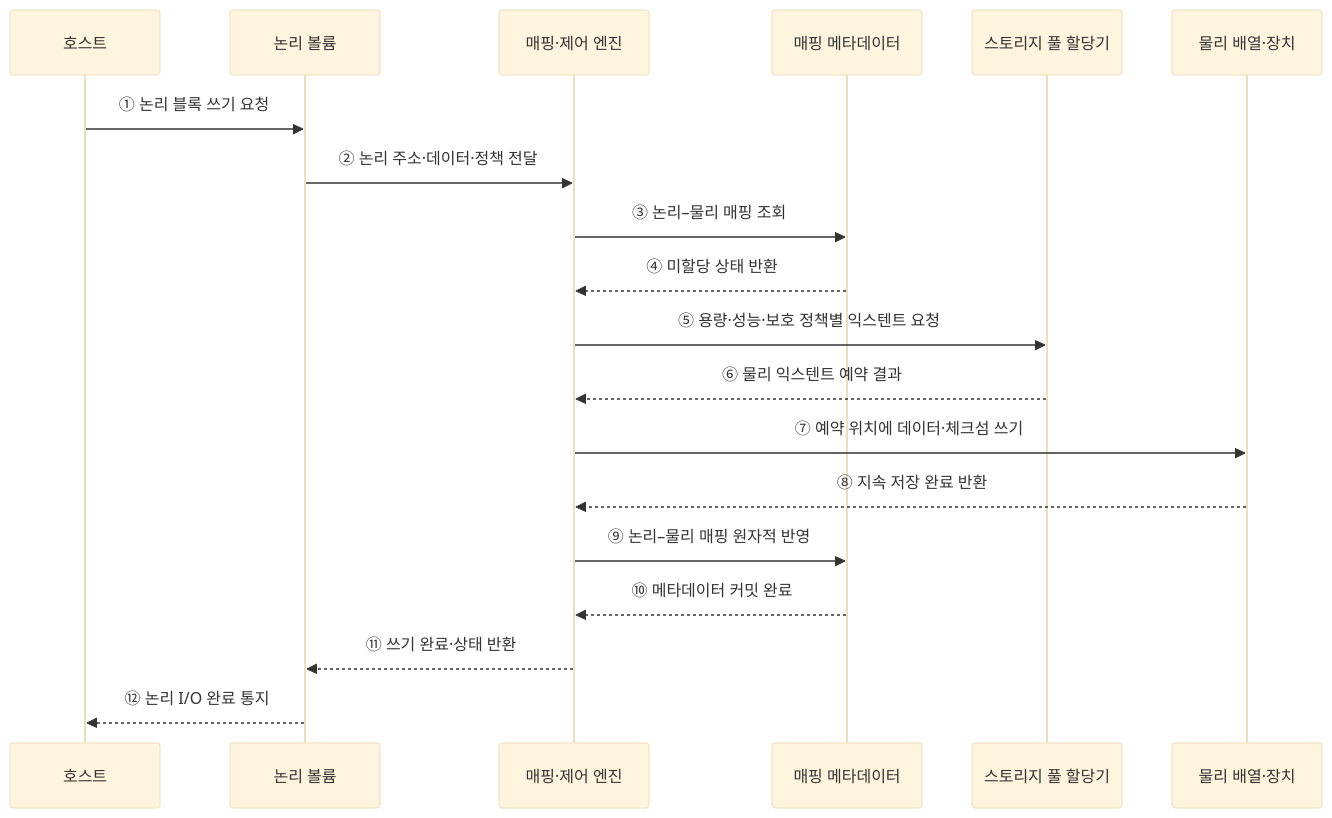
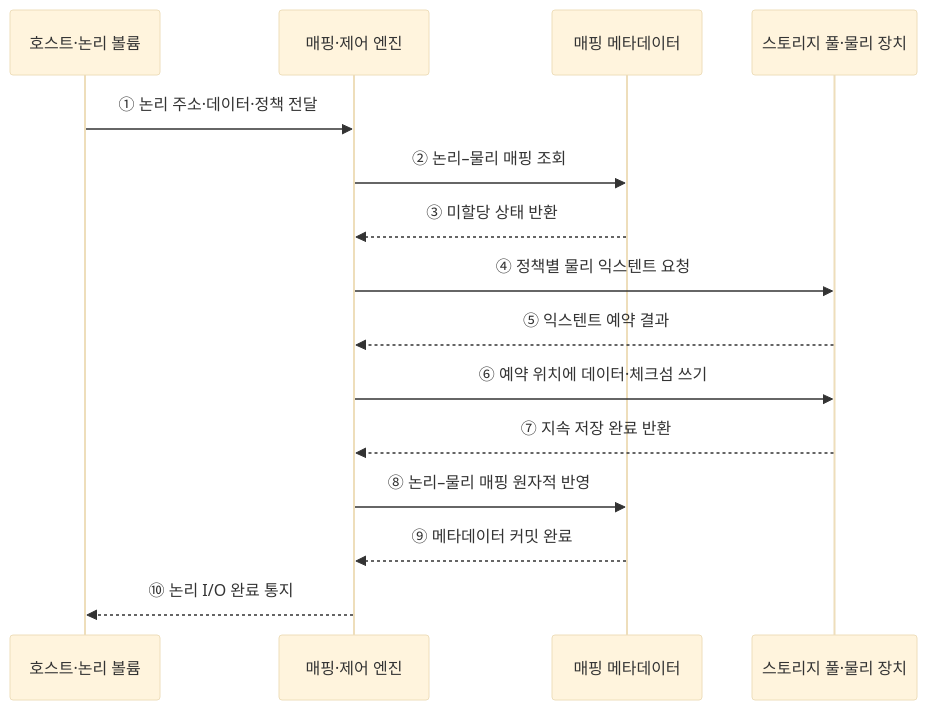
Before and after one commit to agnusdei1207/knowledge-base: the second of 2 diagrams in src/content/docs/notes/02-hardware/081_storage_virtualization.md, drawn with Mermaid (base theme). The commit also changed other lines of this file and 14 other files, not shown here.

````diff
--- a/src/content/docs/notes/02-hardware/081_storage_virtualization.md
+++ b/src/content/docs/notes/02-hardware/081_storage_virtualization.md
@@ -87,22 +80,18 @@
 ```mermaid
 sequenceDiagram
-    participant H as 호스트
-    participant L as 논리 볼륨
+    participant H as 호스트·논리 볼륨
     participant M as 매핑·제어 엔진
     participant T as 매핑 메타데이터
-    participant P as 스토리지 풀 할당기
-    participant D as 물리 배열·장치
+    participant P as 스토리지 풀·물리 장치
 
-    H->>L: ① 논리 블록 쓰기 요청
-    L->>M: ② 논리 주소·데이터·정책 전달
-    M->>T: ③ 논리–물리 매핑 조회
-    T-->>M: ④ 미할당 상태 반환
-    M->>P: ⑤ 용량·성능·보호 정책별 익스텐트 요청
-    P-->>M: ⑥ 물리 익스텐트 예약 결과
-    M->>D: ⑦ 예약 위치에 데이터·체크섬 쓰기
-    D-->>M: ⑧ 지속 저장 완료 반환
-    M->>T: ⑨ 논리–물리 매핑 원자적 반영
-    T-->>M: ⑩ 메타데이터 커밋 완료
-    M-->>L: ⑪ 쓰기 완료·상태 반환
-    L-->>H: ⑫ 논리 I/O 완료 통지
+    H->>M: ① 논리 주소·데이터·정책 전달
+    M->>T: ② 논리–물리 매핑 조회
+    T-->>M: ③ 미할당 상태 반환
+    M->>P: ④ 정책별 물리 익스텐트 요청
+    P-->>M: ⑤ 익스텐트 예약 결과
+    M->>P: ⑥ 예약 위치에 데이터·체크섬 쓰기
+    P-->>M: ⑦ 지속 저장 완료 반환
+    M->>T: ⑧ 논리–물리 매핑 원자적 반영
+    T-->>M: ⑨ 메타데이터 커밋 완료
+    M-->>H: ⑩ 논리 I/O 완료 통지
 ```
````
